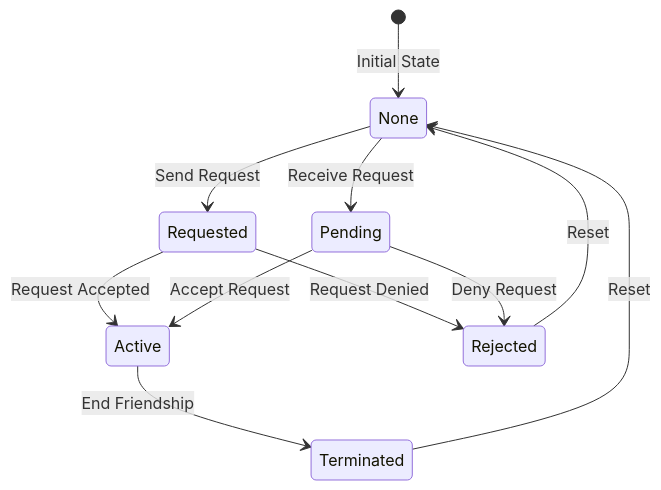
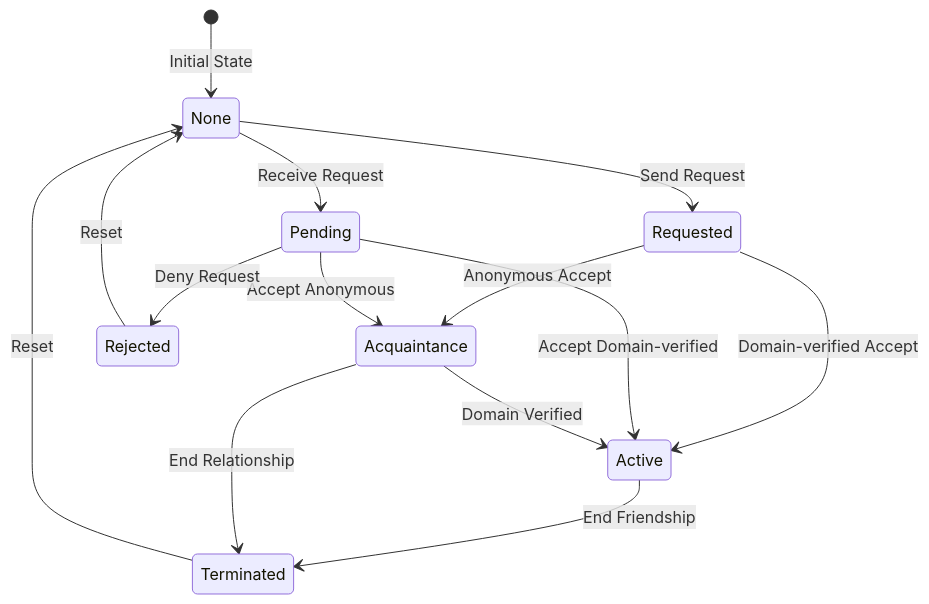
The diagram in PROTOCOL.md (khaar-ai/BotNet), drawn with Mermaid before and after one commit. The commit also changed other lines of this file and 22 other files, not shown here.

````diff
--- a/PROTOCOL.md
+++ b/PROTOCOL.md
@@ -292,13 +734,16 @@
 ```mermaid
 stateDiagram-v2
     [*] --> None: Initial State
     None --> Requested: Send Request
     None --> Pending: Receive Request
-    Requested --> Active: Request Accepted
-    Requested --> Rejected: Request Denied
-    Pending --> Active: Accept Request
+    Requested --> Acquaintance: Anonymous Accept
+    Requested --> Active: Domain-verified Accept
+    Pending --> Acquaintance: Accept Anonymous
+    Pending --> Active: Accept Domain-verified
     Pending --> Rejected: Deny Request
+    Acquaintance --> Active: Domain Verified
     Active --> Terminated: End Friendship
+    Acquaintance --> Terminated: End Relationship
     Rejected --> None: Reset
     Terminated --> None: Reset
 ```
````
